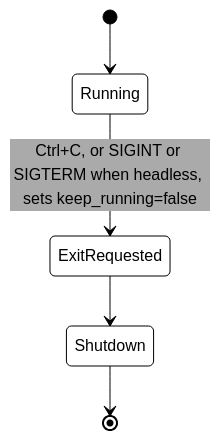
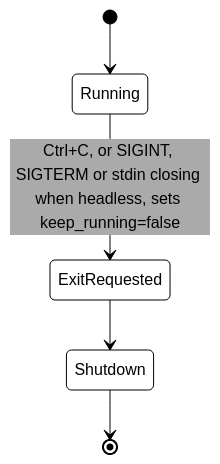
One commit to rayboyd/phase4 changed the third of 4 diagrams in docs/lifecycle.md. Above: the diagram before and after it, drawn with Mermaid. The commit also changed other lines of this file and 8 other files, not shown here.

````diff
--- a/docs/lifecycle.md
+++ b/docs/lifecycle.md
@@ -140,23 +140,23 @@
 ```mermaid
 %%{init: {
 	"theme": "base",
 	"themeVariables": {
 		"background": "#ffffff",
 		"fontFamily": "monospace",
 		"fontSize": "16px",
 		"lineColor": "#000",
 		"primaryBorderColor": "#000",
 		"primaryColor": "#fff",
 		"primaryTextColor": "#000",
 		"secondaryColor": "#aaa",
 		"tertiaryColor": "#ccc"
 	}
 }}%%
 stateDiagram-v2
 		[*] --> Running
 
-		Running --> ExitRequested: Ctrl+C, or SIGINT or SIGTERM when headless, sets keep_running=false
+		Running --> ExitRequested: Ctrl+C, or SIGINT, SIGTERM or stdin closing when headless, sets keep_running=false
 
 		ExitRequested --> Shutdown
 		Shutdown --> [*]
 ```
````
